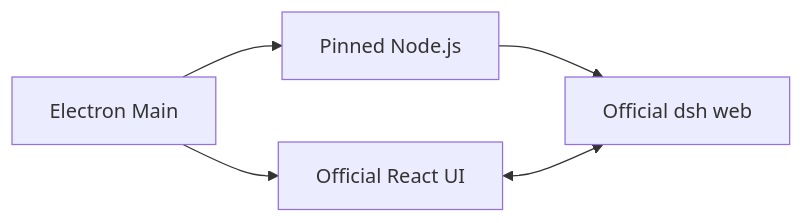
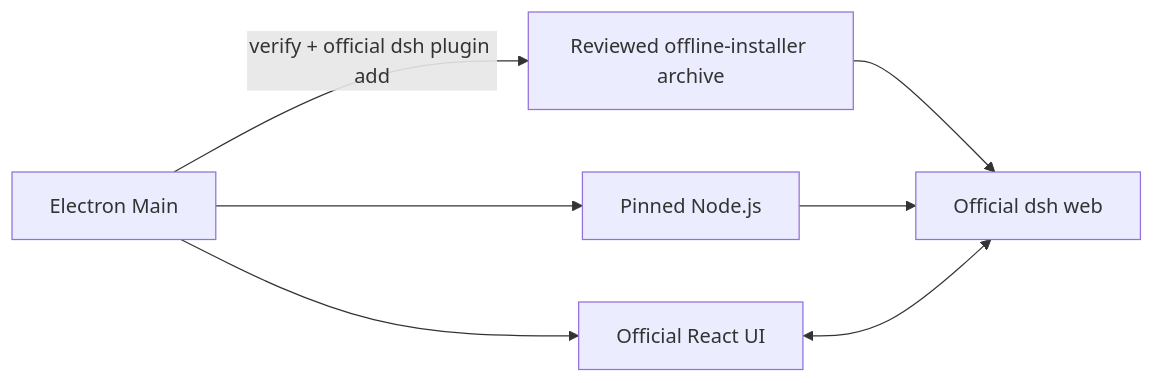
One commit to changyinliangbaikai/dsh-desktop changed the diagram in docs/architecture.md. Above: the diagram before and after it, drawn with Mermaid. The commit also changed other lines of this file and 21 other files, not shown here.

Commit message:
feat: embed offline installer and brand desktop

```diff
--- a/docs/architecture.md
+++ b/docs/architecture.md
@@ -5,11 +5,14 @@
 ~~~mermaid
 flowchart LR
   Main["Electron Main"]
   Runtime["Pinned Node.js"]
   DSH["Official dsh web"]
+  Seed["Reviewed offline-installer archive"]
   UI["Official React UI"]
   Main --> Runtime
+  Main -->|verify + official dsh plugin add| Seed
+  Seed --> DSH
   Runtime --> DSH
   Main --> UI
   UI <--> DSH
 ~~~
```
